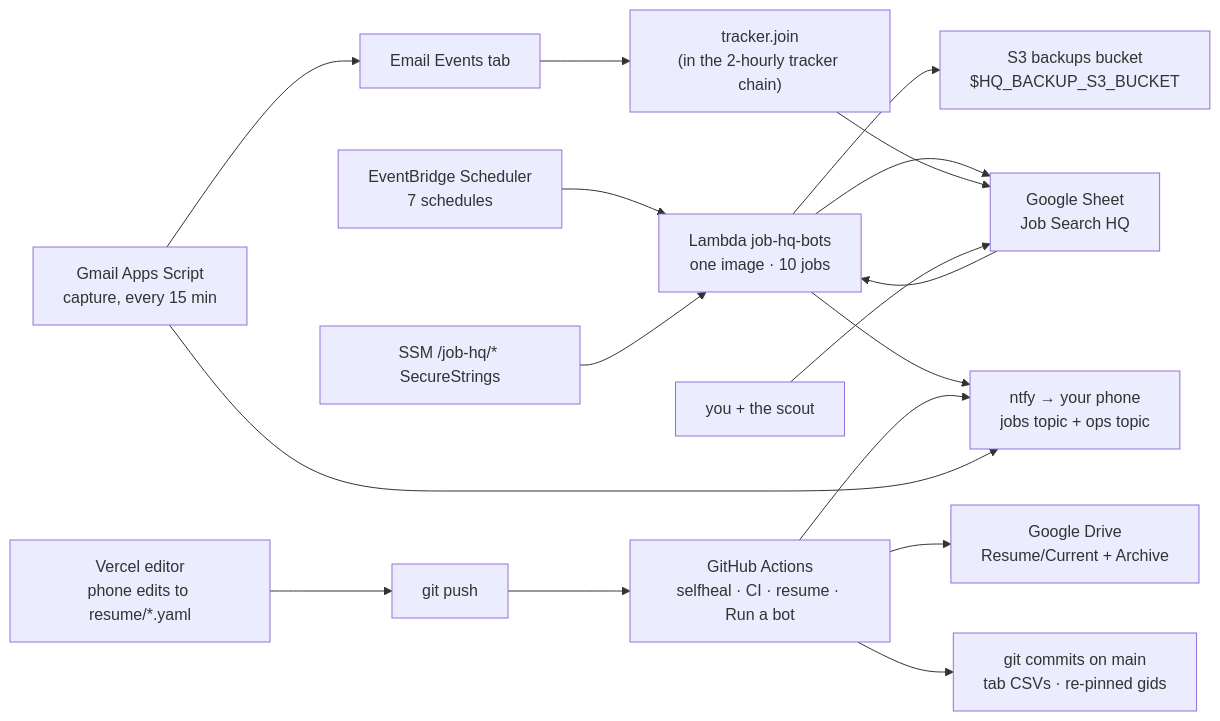
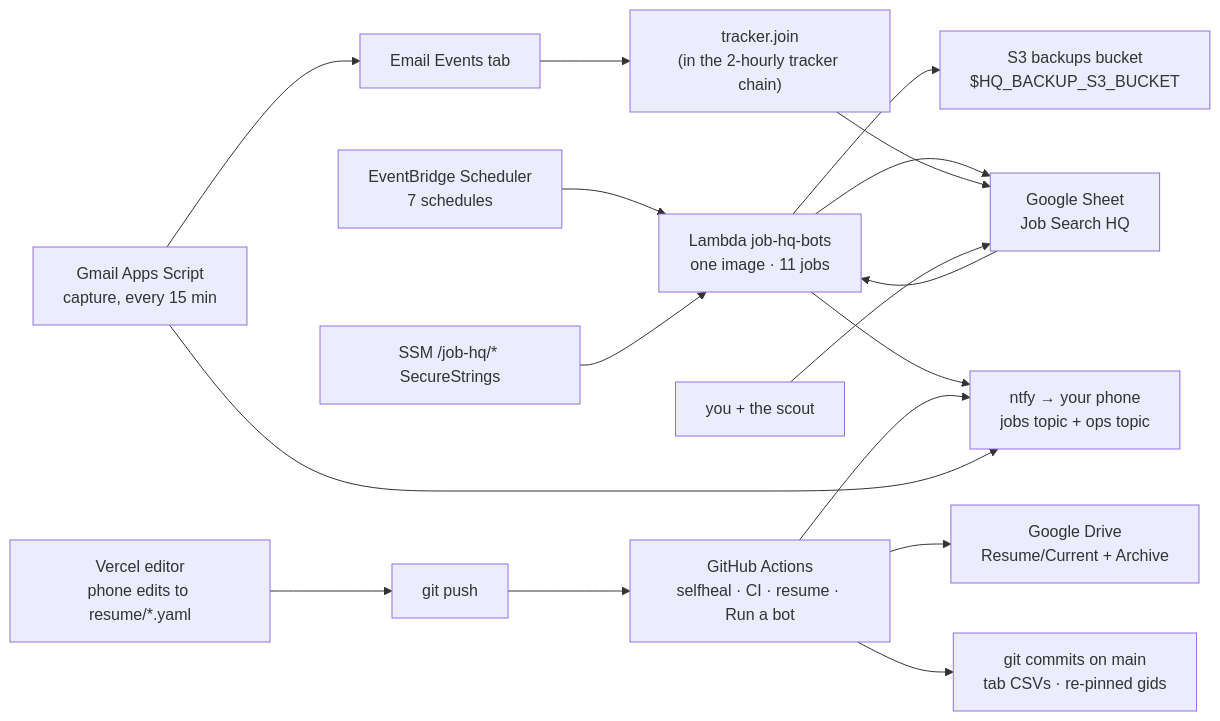
The first of 2 diagrams in docs/SYSTEM.md (s0shaheen/job-hq), drawn with Mermaid before and after one commit. The commit also changed other lines of this file and 32 other files, not shown here.

````diff
--- a/docs/SYSTEM.md
+++ b/docs/SYSTEM.md
@@ -169,17 +169,17 @@
 ```mermaid
 flowchart LR
-    EB["EventBridge Scheduler<br/>7 schedules"] --> LAM["Lambda job-hq-bots<br/>one image · 10 jobs"]
+    EB["EventBridge Scheduler<br/>7 schedules"] --> LAM["Lambda job-hq-bots<br/>one image · 11 jobs"]
     SSM["SSM /job-hq/* SecureStrings"] --> LAM
     LAM --> SHEET["Google Sheet<br/>Job Search HQ"]
     LAM --> S3["S3 backups bucket<br/>$HQ_BACKUP_S3_BUCKET"]
     LAM --> NTFY["ntfy → your phone<br/>jobs topic + ops topic"]
     ACT["GitHub Actions<br/>selfheal · CI · resume · Run a bot"] --> GIT["git commits on main<br/>tab CSVs · re-pinned gids"]
     ACT --> DRIVE["Google Drive<br/>Resume/Current + Archive"]
     ACT --> NTFY
     GS["Gmail Apps Script<br/>capture, every 15 min"] --> EV["Email Events tab"]
     EV --> JOIN["tracker.join<br/>(in the 2-hourly tracker chain)"] --> SHEET
     GS --> NTFY
     ED["Vercel editor<br/>phone edits to resume/*.yaml"] --> PUSH["git push"] --> ACT
     HUMAN["you + the scout"] --> SHEET
     SHEET --> LAM
 ```
````
